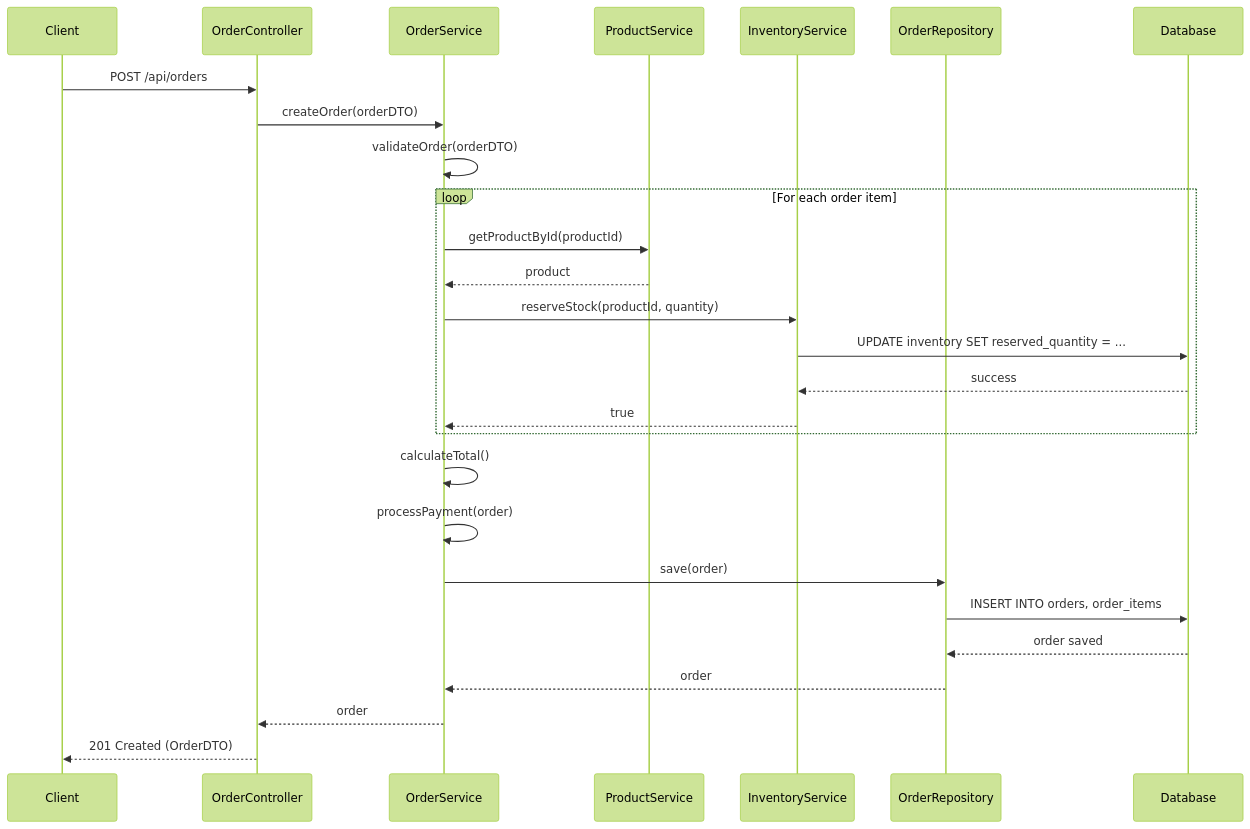
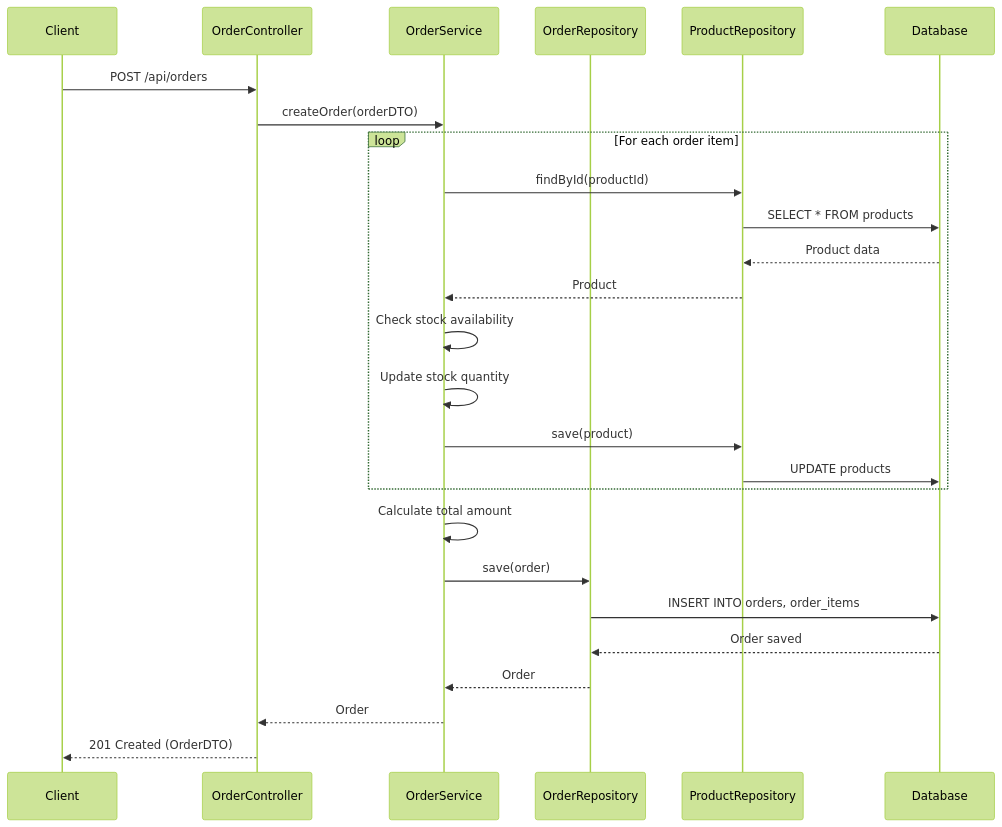
One commit to NavneetBN47/aava-ecom-demo changed the seventh of 13 diagrams in docs/LLD/modified_lld.md. Above: the diagram before and after it, drawn with Mermaid (forest theme). The commit also changed other lines of this file, not shown here.

````diff
--- a/docs/LLD/modified_lld.md
+++ b/docs/LLD/modified_lld.md
@@ -425,32 +372,29 @@
 ```mermaid
 sequenceDiagram
     participant Client
     participant OrderController
     participant OrderService
-    participant ProductService
-    participant InventoryService
     participant OrderRepository
+    participant ProductRepository
     participant Database
 
     Client->>OrderController: POST /api/orders
     OrderController->>OrderService: createOrder(orderDTO)
-    OrderService->>OrderService: validateOrder(orderDTO)
-    
     loop For each order item
-        OrderService->>ProductService: getProductById(productId)
-        ProductService-->>OrderService: product
-        OrderService->>InventoryService: reserveStock(productId, quantity)
-        InventoryService->>Database: UPDATE inventory SET reserved_quantity = ...
-        Database-->>InventoryService: success
-        InventoryService-->>OrderService: true
+        OrderService->>ProductRepository: findById(productId)
+        ProductRepository->>Database: SELECT * FROM products
+        Database-->>ProductRepository: Product data
+        ProductRepository-->>OrderService: Product
+        OrderService->>OrderService: Check stock availability
+        OrderService->>OrderService: Update stock quantity
+        OrderService->>ProductRepository: save(product)
+        ProductRepository->>Database: UPDATE products
     end
-    
-    OrderService->>OrderService: calculateTotal()
-    OrderService->>OrderService: processPayment(order)
+    OrderService->>OrderService: Calculate total amount
     OrderService->>OrderRepository: save(order)
     OrderRepository->>Database: INSERT INTO orders, order_items
-    Database-->>OrderRepository: order saved
-    OrderRepository-->>OrderService: order
-    OrderService-->>OrderController: order
+    Database-->>OrderRepository: Order saved
+    OrderRepository-->>OrderService: Order
+    OrderService-->>OrderController: Order
     OrderController-->>Client: 201 Created (OrderDTO)
 ```
````
